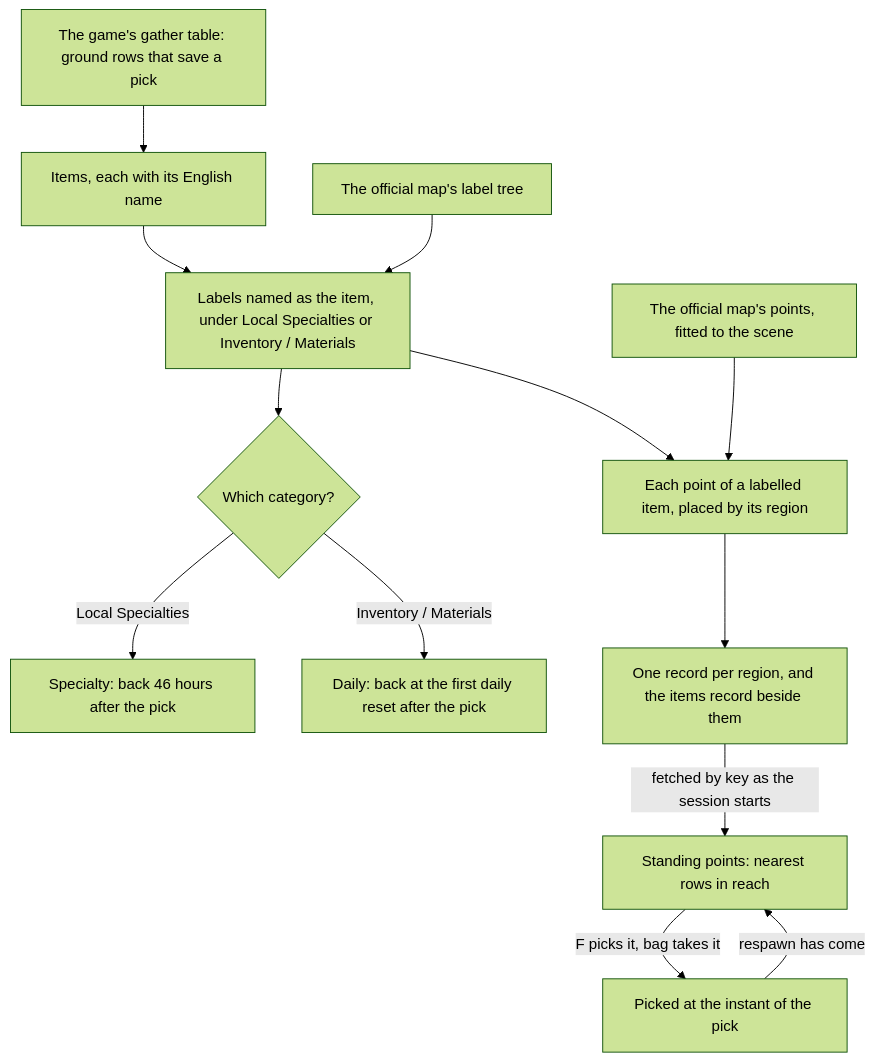
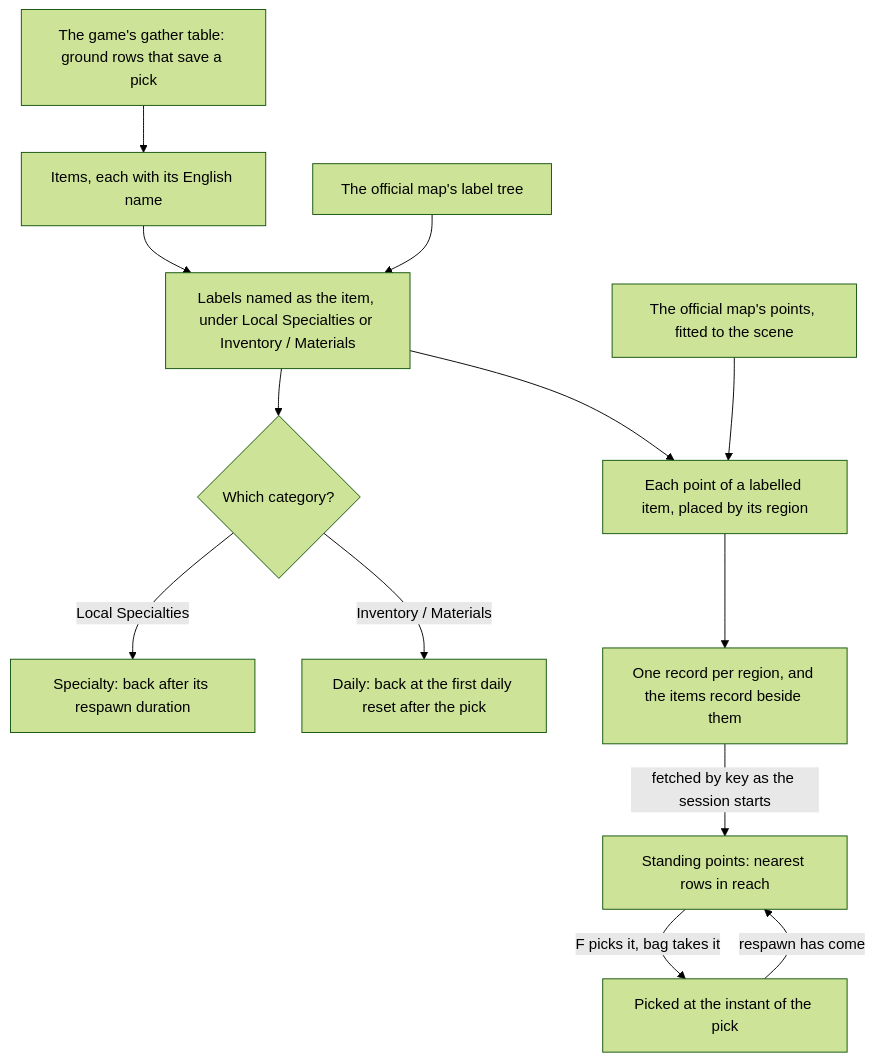
The diagram in openspec/specs/genshin/gathering/design.md (Esposter/Esposter), drawn with Mermaid (forest theme) before and after one commit. The commit also changed other lines of this file and 18 other files, not shown here.

````diff
--- a/openspec/specs/genshin/gathering/design.md
+++ b/openspec/specs/genshin/gathering/design.md
@@ -7,15 +7,15 @@
 ```mermaid
 flowchart TD
   G["The game's gather table: ground rows that save a pick"] --> I["Items, each with its English name"]
   M["The official map's label tree"] --> L["Labels named as the item, under Local Specialties or Inventory / Materials"]
   I --> L
   L --> C{"Which category?"}
-  C -->|"Local Specialties"| S["Specialty: back 46 hours after the pick"]
+  C -->|"Local Specialties"| S["Specialty: back after its respawn duration"]
   C -->|"Inventory / Materials"| D["Daily: back at the first daily reset after the pick"]
   P["The official map's points, fitted to the scene"] --> PL["Each point of a labelled item, placed by its region"]
   L --> PL
   PL --> SLICE["One record per region, and the items record beside them"]
   SLICE -->|"fetched by key as the session starts"| W["Standing points: nearest rows in reach"]
   W -->|"F picks it, bag takes it"| PK["Picked at the instant of the pick"]
   PK -->|"respawn has come"| W
 ```
````
